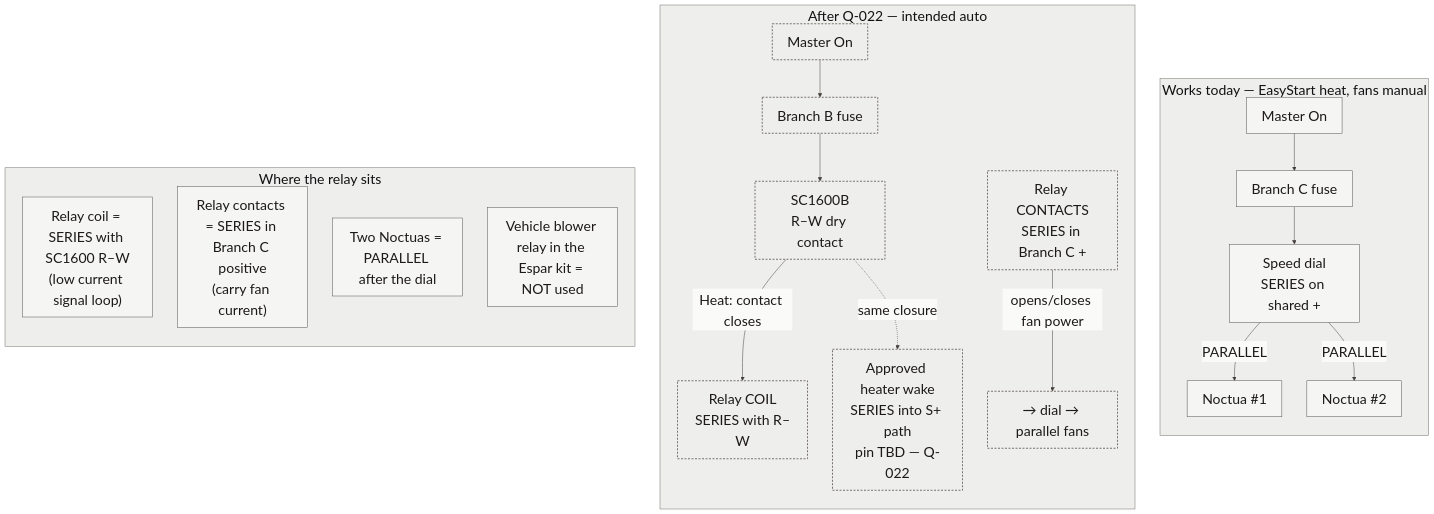
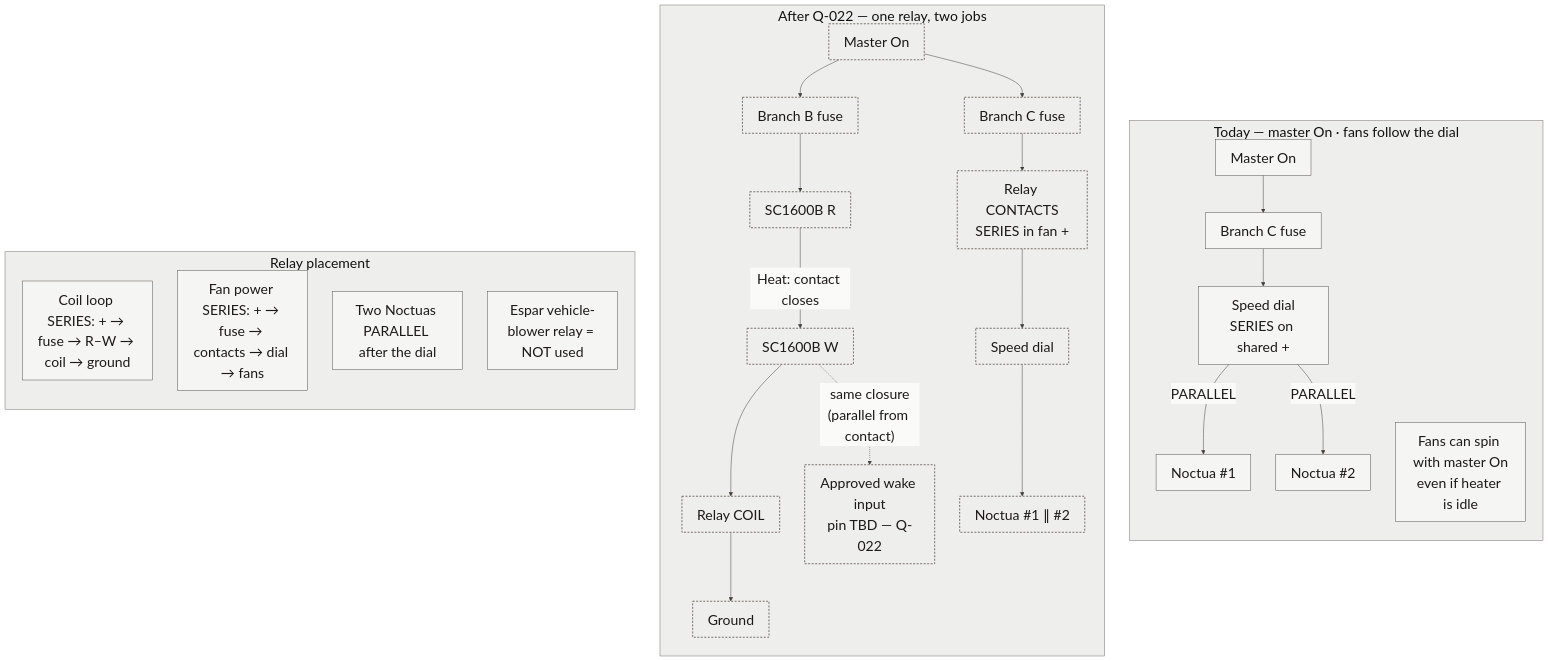
Before and after one commit to benracine/sprinter-heat: the diagram in book/diagrams/electrical-fans.mmd, drawn with Mermaid. The commit also changed 12 other files, not shown here.

```diff
--- a/book/diagrams/electrical-fans.mmd
+++ b/book/diagrams/electrical-fans.mmd
@@ -1,41 +1,48 @@
 %%{init: {'theme':'base','themeVariables': {'background':'#fafaf9','primaryColor':'#f5f5f4','primaryTextColor':'#1c1917','primaryBorderColor':'#57534e','lineColor':'#44403c','secondaryColor':'#e7e5e4','tertiaryColor':'#eeeeec','fontFamily':'Avenir Next, Avenir, Helvetica Neue, sans-serif','fontSize':'28px','textColor':'#1c1917','mainBkg':'#f5f5f4','clusterBkg':'#eeeeec','clusterBorder':'#78716c','edgeLabelBackground':'#fafaf9'}}}%%
 flowchart TB
-  subgraph now["Works today — EasyStart heat, fans manual"]
+  subgraph now["Today — master On · fans follow the dial"]
     direction TB
     MC["Master On"]
     FC["Branch C fuse"]
     DIAL["Speed dial<br/>SERIES on shared +"]
     N1["Noctua #1"]
     N2["Noctua #2"]
     MC --> FC --> DIAL
     DIAL -->|"PARALLEL"| N1
     DIAL -->|"PARALLEL"| N2
+    NOTE["Fans can spin with master On<br/>even if heater is idle"]
   end
 
-  subgraph later["After Q-022 — intended auto"]
+  subgraph later["After Q-022 — one relay, two jobs"]
     direction TB
     MB["Master On"]
     FB["Branch B fuse"]
-    TS["SC1600B<br/>R–W dry contact"]
-    COIL["Relay COIL<br/>SERIES with R–W"]
-    CONT["Relay CONTACTS<br/>SERIES in Branch C +"]
-    WAKE["Approved heater wake<br/>SERIES into S+ path<br/>pin TBD — Q-022"]
+    R["SC1600B R"]
+    W["SC1600B W"]
+    COIL["Relay COIL"]
+    GND["Ground"]
+    FC2["Branch C fuse"]
+    CONT["Relay CONTACTS<br/>SERIES in fan +"]
+    DIAL2["Speed dial"]
+    NP["Noctua #1 ∥ #2"]
+    WAKE["Approved wake input<br/>pin TBD — Q-022"]
 
-    MB --> FB --> TS
-    TS -->|"Heat: contact closes"| COIL
-    TS -.->|"same closure"| WAKE
-    CONT -->|"opens/closes fan power"| DIAL2["→ dial → parallel fans"]
+    MB --> FB --> R
+    R -->|"Heat: contact closes"| W
+    W --> COIL --> GND
+    W -.->|"same closure<br/>(parallel from contact)"| WAKE
+    MB --> FC2 --> CONT --> DIAL2 --> NP
   end
 
-  subgraph topo["Where the relay sits"]
+  subgraph topo["Relay placement"]
     direction TB
-    R1["Relay coil = SERIES with SC1600 R–W<br/>(low current signal loop)"]
-    R2["Relay contacts = SERIES in Branch C positive<br/>(carry fan current)"]
-    R3["Two Noctuas = PARALLEL after the dial"]
-    R4["Vehicle blower relay in the Espar kit = NOT used"]
+    R1["Coil loop SERIES: + → fuse → R–W → coil → ground"]
+    R2["Fan power SERIES: + → fuse → contacts → dial → fans"]
+    R3["Two Noctuas PARALLEL after the dial"]
+    R4["Espar vehicle-blower relay = NOT used"]
   end
 
   classDef solid fill:#f5f5f4,stroke:#57534e,stroke-width:1px,color:#1c1917;
   classDef open fill:#eeeeec,stroke:#78716c,stroke-width:2px,stroke-dasharray:4 3,color:#1c1917;
-  class MC,FC,DIAL,N1,N2 solid;
-  class MB,FB,TS,COIL,CONT,WAKE,DIAL2 open;
+  class MC,FC,DIAL,N1,N2,NOTE solid;
+  class MB,FB,R,W,COIL,GND,FC2,CONT,DIAL2,NP,WAKE open;
```
